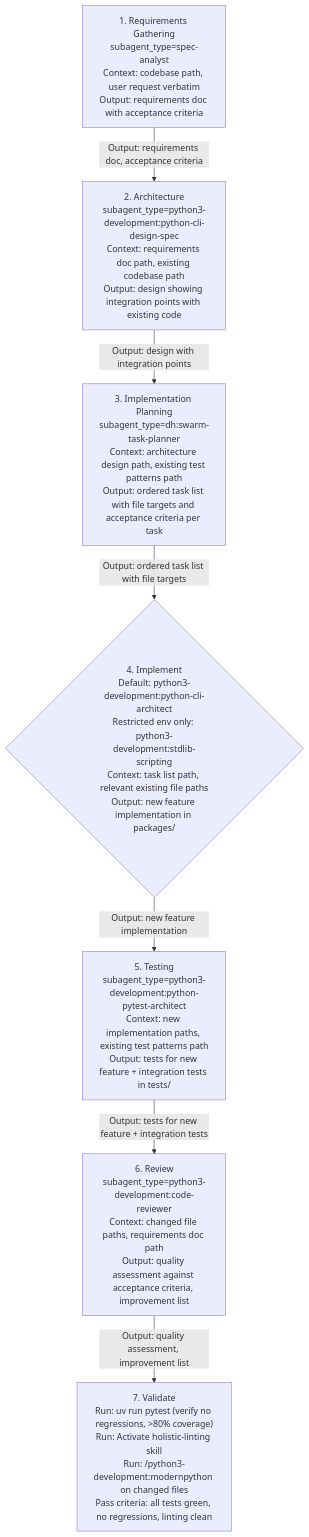
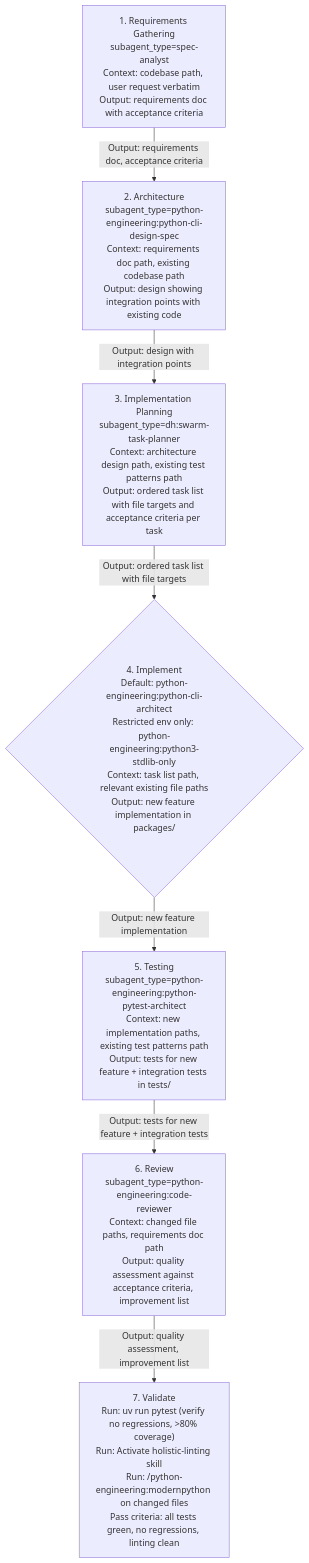
The second of 6 diagrams in plugins/python-engineering/skills/orchestrating-python-development/SKILL.md (chgreer1070/claude_skills), drawn with Mermaid before and after one commit. The commit also changed other lines of this file and 10 other files, not shown here.

First line of the commit message:
fix(python-engineering): replace all python3-development: skill refs with python-engineering:

````diff
--- a/plugins/python-engineering/skills/orchestrating-python-development/SKILL.md
+++ b/plugins/python-engineering/skills/orchestrating-python-development/SKILL.md
@@ -91,16 +91,16 @@
 ```mermaid
 flowchart TD
     S1["1. Requirements Gathering<br>subagent_type=spec-analyst<br>Context: codebase path, user request verbatim<br>Output: requirements doc with acceptance criteria"]
-    S2["2. Architecture<br>subagent_type=python3-development:python-cli-design-spec<br>Context: requirements doc path, existing codebase path<br>Output: design showing integration points with existing code"]
+    S2["2. Architecture<br>subagent_type=python-engineering:python-cli-design-spec<br>Context: requirements doc path, existing codebase path<br>Output: design showing integration points with existing code"]
     S3["3. Implementation Planning<br>subagent_type=dh:swarm-task-planner<br>Context: architecture design path, existing test patterns path<br>Output: ordered task list with file targets and acceptance criteria per task"]
-    S4{"4. Implement<br>Default: python3-development:python-cli-architect<br>Restricted env only: python3-development:stdlib-scripting<br>Context: task list path, relevant existing file paths<br>Output: new feature implementation in packages/"}
-    S5["5. Testing<br>subagent_type=python3-development:python-pytest-architect<br>Context: new implementation paths, existing test patterns path<br>Output: tests for new feature + integration tests in tests/"]
-    S6["6. Review<br>subagent_type=python3-development:code-reviewer<br>Context: changed file paths, requirements doc path<br>Output: quality assessment against acceptance criteria, improvement list"]
-    S7["7. Validate<br>Run: uv run pytest (verify no regressions, >80% coverage)<br>Run: Activate holistic-linting skill<br>Run: /python3-development:modernpython on changed files<br>Pass criteria: all tests green, no regressions, linting clean"]
+    S4{"4. Implement<br>Default: python-engineering:python-cli-architect<br>Restricted env only: python-engineering:python3-stdlib-only<br>Context: task list path, relevant existing file paths<br>Output: new feature implementation in packages/"}
+    S5["5. Testing<br>subagent_type=python-engineering:python-pytest-architect<br>Context: new implementation paths, existing test patterns path<br>Output: tests for new feature + integration tests in tests/"]
+    S6["6. Review<br>subagent_type=python-engineering:code-reviewer<br>Context: changed file paths, requirements doc path<br>Output: quality assessment against acceptance criteria, improvement list"]
+    S7["7. Validate<br>Run: uv run pytest (verify no regressions, >80% coverage)<br>Run: Activate holistic-linting skill<br>Run: /python-engineering:modernpython on changed files<br>Pass criteria: all tests green, no regressions, linting clean"]
     S1 -->|"Output: requirements doc, acceptance criteria"| S2
     S2 -->|"Output: design with integration points"| S3
     S3 -->|"Output: ordered task list with file targets"| S4
     S4 -->|"Output: new feature implementation"| S5
     S5 -->|"Output: tests for new feature + integration tests"| S6
     S6 -->|"Output: quality assessment, improvement list"| S7
 ```
````
